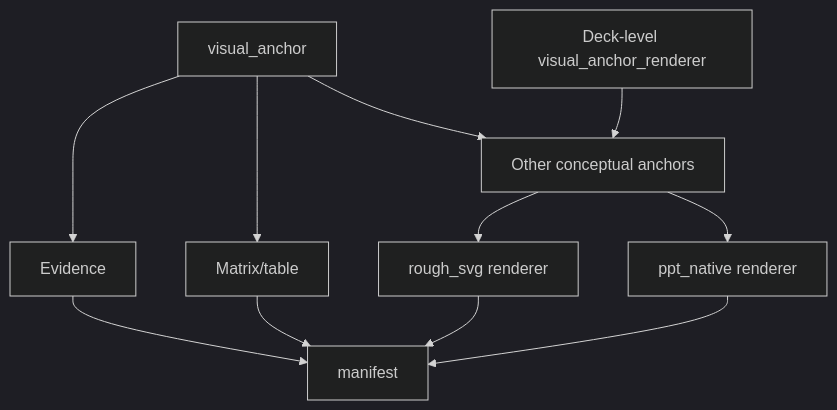
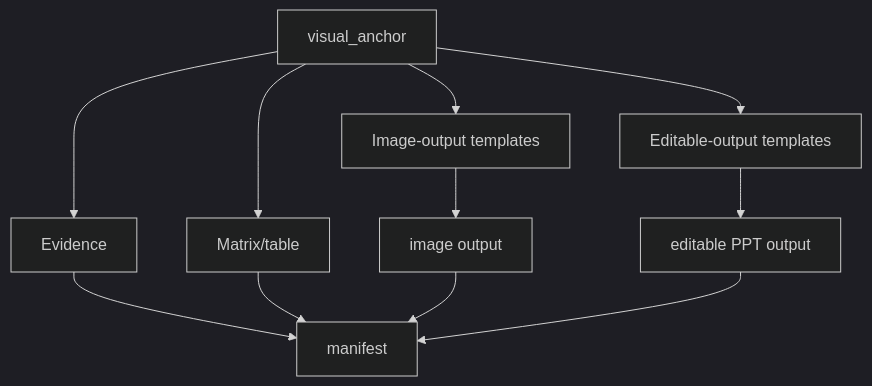
One commit to MozhiJiawei/hw-ppt-gen changed the third of 3 diagrams in doc/architecture_design.md. Above: the diagram before and after it, drawn with Mermaid (dark theme). The commit also changed other lines of this file and 20 other files, not shown here.

Commit message:
refactor visual anchor rendering policy

````diff
--- a/doc/architecture_design.md
+++ b/doc/architecture_design.md
@@ -349,22 +347,22 @@
 ```mermaid
 flowchart TB
-  DeckRenderer["Deck-level visual_anchor_renderer"]
   Anchor["visual_anchor"]
   Evidence["Evidence"]
   Table["Matrix/table"]
-  Conceptual["Other conceptual anchors"]
-  Svg["rough_svg renderer"]
-  Native["ppt_native renderer"]
+  EditableTemplates["Editable-output templates"]
+  ImageTemplates["Image-output templates"]
+  ImageOutput["image output"]
+  EditableOutput["editable PPT output"]
   Manifest["manifest"]
 
-  DeckRenderer --> Conceptual
   Anchor --> Evidence
   Anchor --> Table
-  Anchor --> Conceptual
+  Anchor --> EditableTemplates
+  Anchor --> ImageTemplates
   Evidence --> Manifest
   Table --> Manifest
-  Conceptual --> Svg
-  Conceptual --> Native
-  Svg --> Manifest
-  Native --> Manifest
+  EditableTemplates --> EditableOutput
+  ImageTemplates --> ImageOutput
+  ImageOutput --> Manifest
+  EditableOutput --> Manifest
 ```
````
